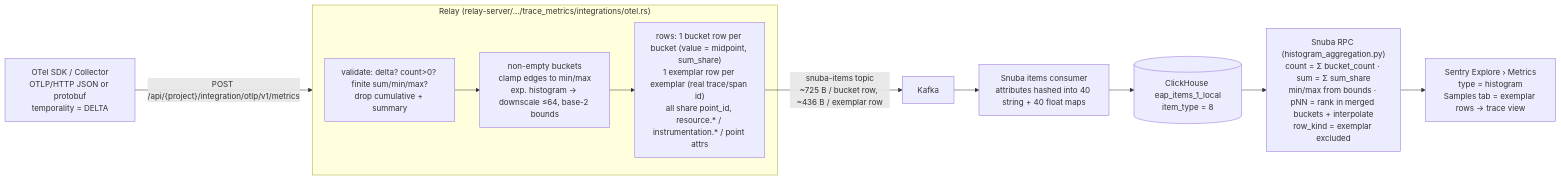
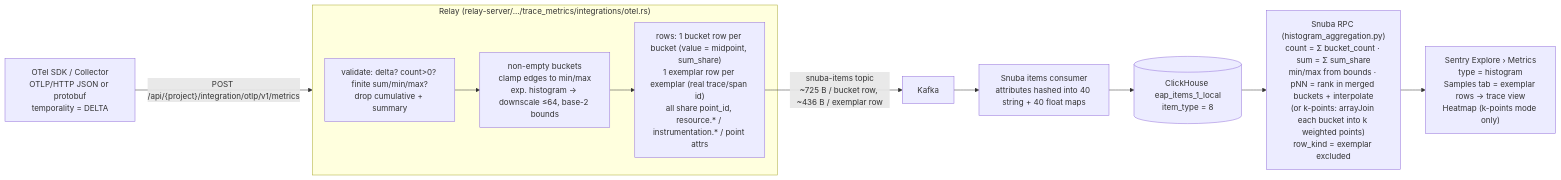
Before and after one commit to k-fish/fake-instrumented-web-app: the diagram in otlp/DESIGN.md, drawn with Mermaid. The commit also changed other lines of this file and 5 other files, not shown here.

Commit message:
otlp: k-points mode + histogram heatmap docs and screenshot

````diff
--- a/otlp/DESIGN.md
+++ b/otlp/DESIGN.md
@@ -75,13 +75,13 @@
 ```mermaid
 flowchart LR
   SDK["OTel SDK / Collector<br/>OTLP/HTTP JSON or protobuf<br/>temporality = DELTA"] -->|"POST /api/{project}/integration/otlp/v1/metrics"| Relay
   subgraph Relay["Relay (relay-server/.../trace_metrics/integrations/otel.rs)"]
     V["validate: delta? count>0? finite sum/min/max?<br/>drop cumulative + summary"] --> B["non-empty buckets<br/>clamp edges to min/max<br/>exp. histogram → downscale ≤64, base-2 bounds"]
     B --> R["rows: 1 bucket row per bucket (value = midpoint, sum_share)<br/>1 exemplar row per exemplar (real trace/span id)<br/>all share point_id, resource.* / instrumentation.* / point attrs"]
   end
   R -->|"snuba-items topic<br/>~725 B / bucket row, ~436 B / exemplar row"| Kafka
   Kafka --> Snuba["Snuba items consumer<br/>attributes hashed into 40 string + 40 float maps"]
   Snuba --> CH[("ClickHouse eap_items_1_local<br/>item_type = 8")]
-  CH --> Q["Snuba RPC (histogram_aggregation.py)<br/>count = Σ bucket_count · sum = Σ sum_share<br/>min/max from bounds · pNN = rank in merged buckets + interpolate<br/>row_kind = exemplar excluded"]
-  Q --> UI["Sentry Explore › Metrics<br/>type = histogram<br/>Samples tab = exemplar rows → trace view"]
+  CH --> Q["Snuba RPC (histogram_aggregation.py)<br/>count = Σ bucket_count · sum = Σ sum_share<br/>min/max from bounds · pNN = rank in merged buckets + interpolate<br/>(or k-points: arrayJoin each bucket into k weighted points)<br/>row_kind = exemplar excluded"]
+  Q --> UI["Sentry Explore › Metrics<br/>type = histogram<br/>Samples tab = exemplar rows → trace view<br/>Heatmap (k-points mode only)"]
 ```
````
